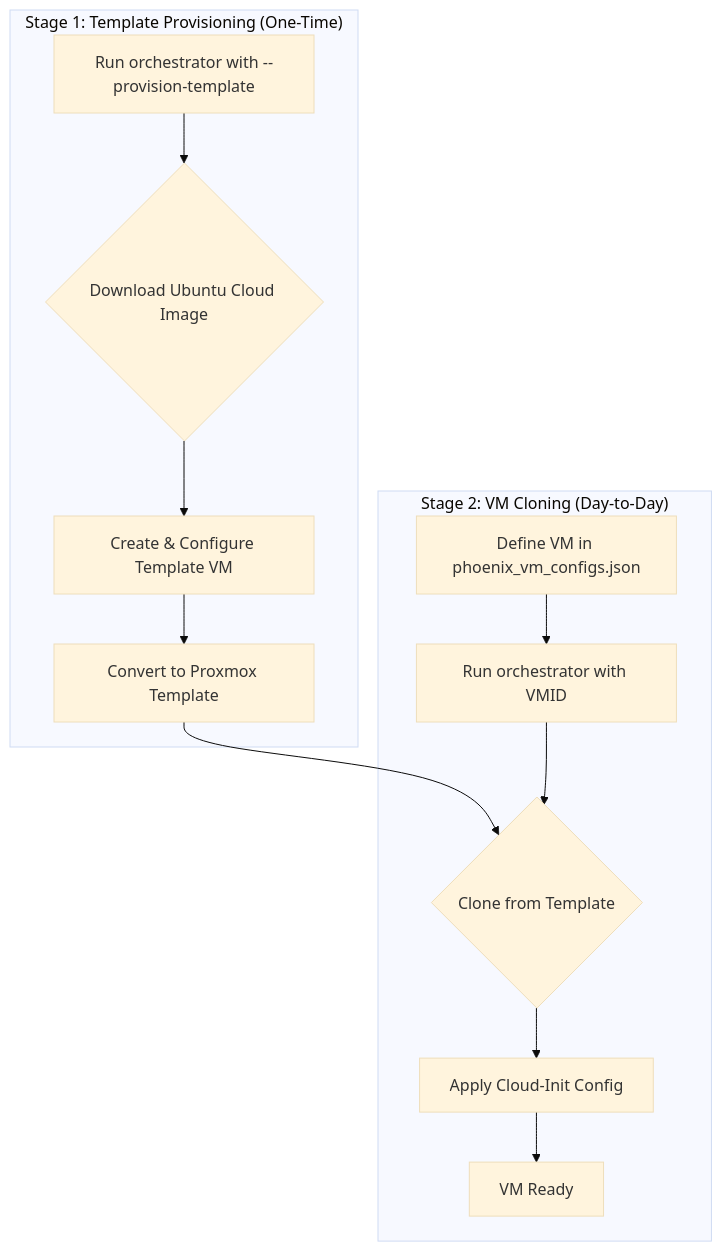
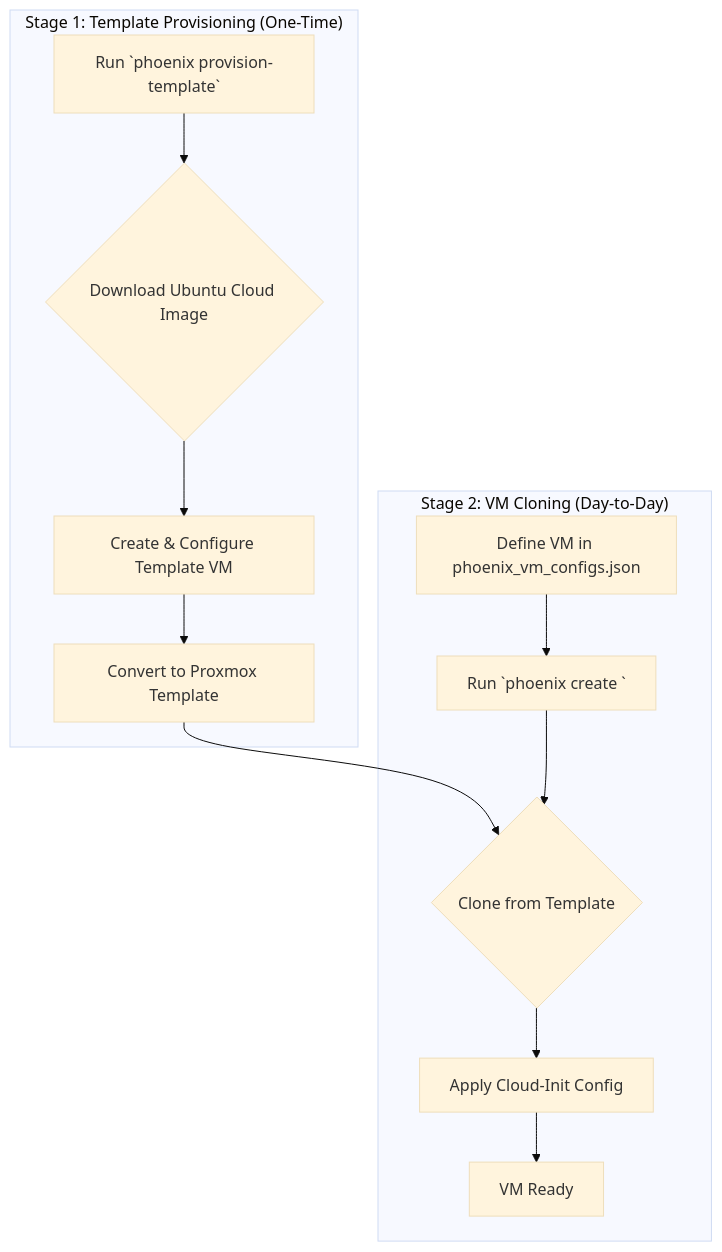
One commit to SirHeads/Testing-ideas changed the diagram in Thinkheads.AI_docs/03_phoenix_hypervisor_implementation/00_guides/10_cloud_image_vm_templating.md. Above: the diagram before and after it, drawn with Mermaid (base theme). The commit also changed other lines of this file and 51 other files, not shown here.

````diff
--- a/Thinkheads.AI_docs/03_phoenix_hypervisor_implementation/00_guides/10_cloud_image_vm_templating.md
+++ b/Thinkheads.AI_docs/03_phoenix_hypervisor_implementation/00_guides/10_cloud_image_vm_templating.md
@@ -13,16 +13,16 @@
 ```mermaid
 graph TD
     subgraph "Stage 1: Template Provisioning (One-Time)"
-        A[Run orchestrator with --provision-template] --> B{Download Ubuntu Cloud Image};
+        A[Run `phoenix provision-template`] --> B{Download Ubuntu Cloud Image};
         B --> C[Create & Configure Template VM];
         C --> D[Convert to Proxmox Template];
     end
 
     subgraph "Stage 2: VM Cloning (Day-to-Day)"
-        E[Define VM in phoenix_vm_configs.json] --> F[Run orchestrator with VMID];
+        E[Define VM in phoenix_vm_configs.json] --> F[Run `phoenix create <VMID>`];
         D --> G{Clone from Template};
         F --> G;
         G --> H[Apply Cloud-Init Config];
         H --> I[VM Ready];
     end
 ```
````
